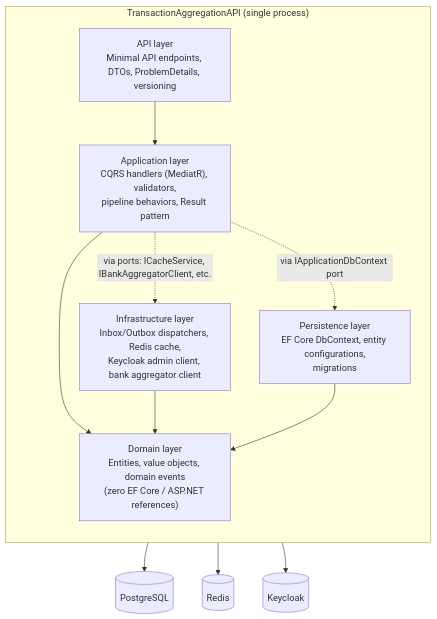
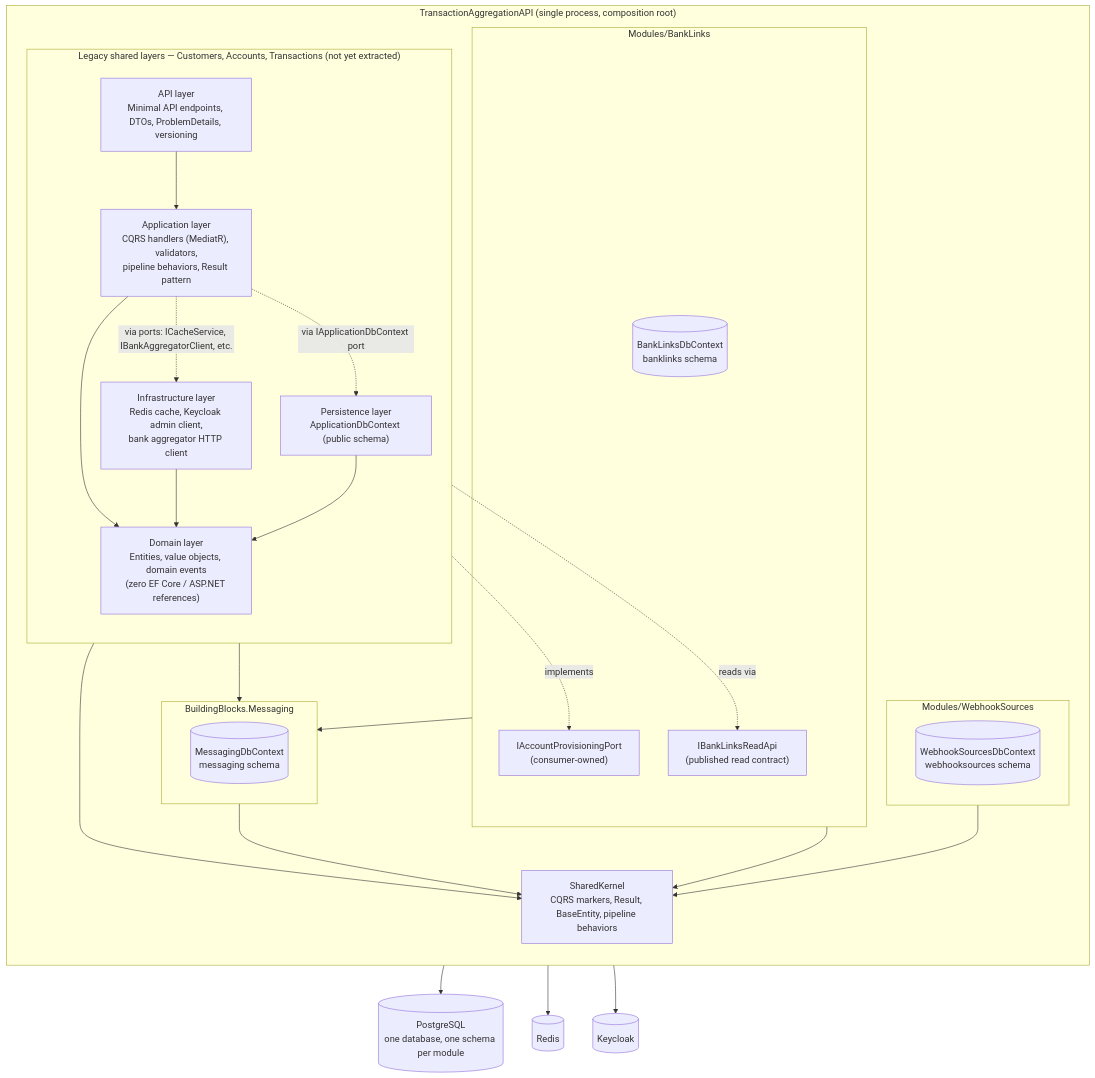
The second of 6 diagrams in TransactionAggregationAPI/docs/architecture.md (RefusMatumane1/TransactionAggregationAPI), drawn with Mermaid before and after one commit. The commit also changed other lines of this file and 134 other files, not shown here.

First line of the commit message:
Restructure into a modular monolith (phase 2): BankLinks module extraction

````diff
--- a/TransactionAggregationAPI/docs/architecture.md
+++ b/TransactionAggregationAPI/docs/architecture.md
@@ -29,22 +41,51 @@
 ```mermaid
 flowchart TB
-    subgraph Host["TransactionAggregationAPI (single process)"]
+    subgraph Host["TransactionAggregationAPI (single process, composition root)"]
         direction TB
-        Endpoints["API layer\nMinimal API endpoints, DTOs, ProblemDetails, versioning"]
-        Application["Application layer\nCQRS handlers (MediatR), validators,\npipeline behaviors, Result pattern"]
-        Domain["Domain layer\nEntities, value objects, domain events\n(zero EF Core / ASP.NET references)"]
-        Infrastructure["Infrastructure layer\nInbox/Outbox dispatchers, Redis cache,\nKeycloak admin client, bank aggregator client"]
-        Persistence["Persistence layer\nEF Core DbContext, entity configurations,\nmigrations"]
 
-        Endpoints --> Application
-        Application --> Domain
-        Infrastructure --> Domain
-        Persistence --> Domain
-        Application -.->|via IApplicationDbContext port| Persistence
-        Application -.->|via ports: ICacheService, IBankAggregatorClient, etc.| Infrastructure
+        subgraph Legacy["Legacy shared layers — Customers, Accounts, Transactions (not yet extracted)"]
+            direction TB
+            Endpoints["API layer\nMinimal API endpoints, DTOs, ProblemDetails, versioning"]
+            Application["Application layer\nCQRS handlers (MediatR), validators,\npipeline behaviors, Result pattern"]
+            Domain["Domain layer\nEntities, value objects, domain events\n(zero EF Core / ASP.NET references)"]
+            Infrastructure["Infrastructure layer\nRedis cache, Keycloak admin client,\nbank aggregator HTTP client"]
+            Persistence["Persistence layer\nApplicationDbContext (public schema)"]
+
+            Endpoints --> Application
+            Application --> Domain
+            Infrastructure --> Domain
+            Persistence --> Domain
+            Application -.->|via IApplicationDbContext port| Persistence
+            Application -.->|via ports: ICacheService, IBankAggregatorClient, etc.| Infrastructure
+        end
+
+        subgraph WH["Modules/WebhookSources"]
+            WHDb[("WebhookSourcesDbContext\nwebhooksources schema")]
+        end
+
+        subgraph BL["Modules/BankLinks"]
+            BLDb[("BankLinksDbContext\nbanklinks schema")]
+            BLPort["IAccountProvisioningPort\n(consumer-owned)"]
+            BLApi["IBankLinksReadApi\n(published read contract)"]
+        end
+
+        subgraph Msg["BuildingBlocks.Messaging"]
+            MsgDb[("MessagingDbContext\nmessaging schema")]
+        end
+
+        SK["SharedKernel\nCQRS markers, Result, BaseEntity, pipeline behaviors"]
+
+        Legacy -.->|implements| BLPort
+        Legacy -.->|reads via| BLApi
+        Legacy --> Msg
+        BL --> Msg
+        WH --> SK
+        BL --> SK
+        Msg --> SK
+        Legacy --> SK
     end
 
-    Host --> PG[(PostgreSQL)]
+    Host --> PG[(PostgreSQL\none database, one schema per module)]
     Host --> Redis[(Redis)]
     Host --> KC[(Keycloak)]
 ```
````
